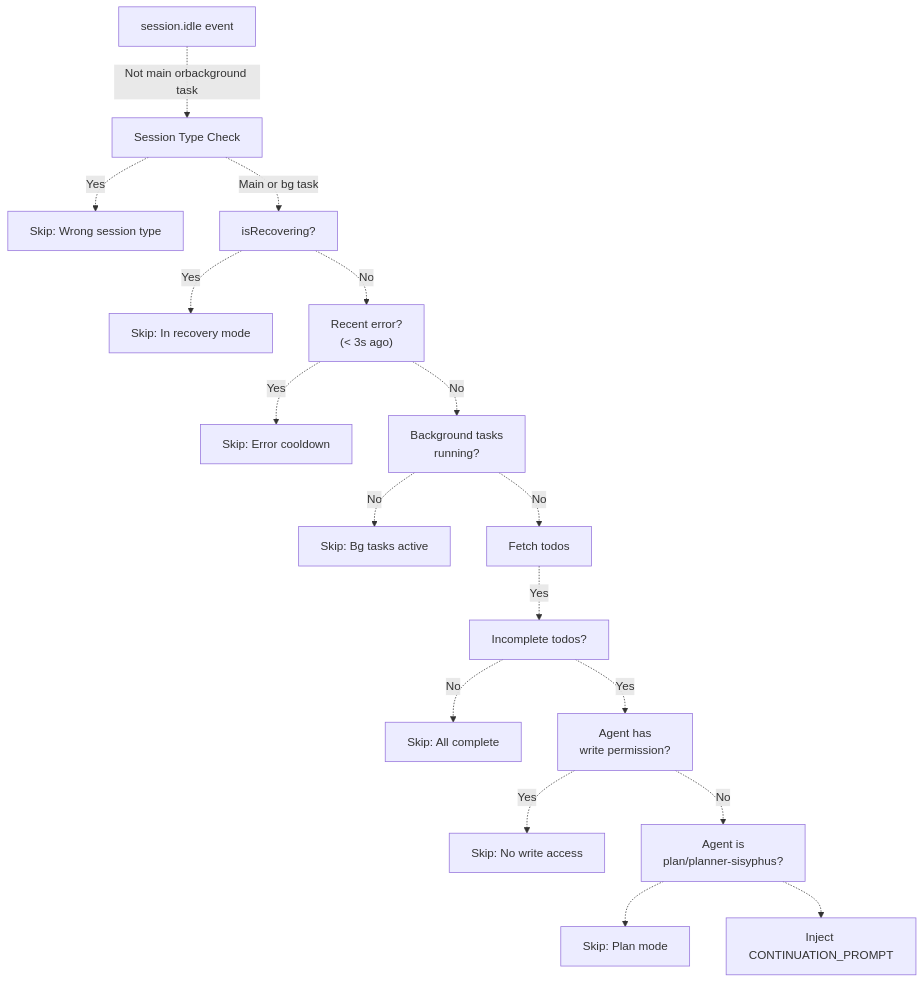
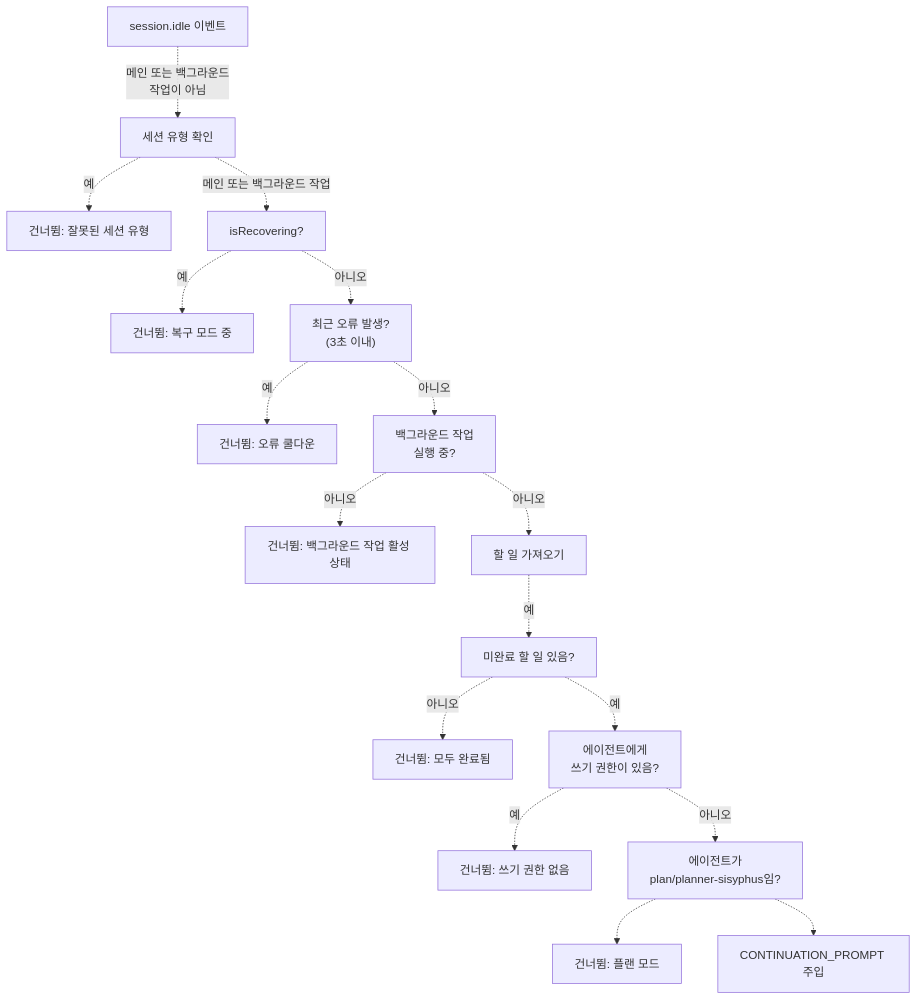
Before and after one commit to felipetruman/oh-my-opencode-docs: the fourth of 7 diagrams in docs/reliability/todo-continuation-enforcer.md, drawn with Mermaid. The commit also changed other lines of this file and 76 other files, not shown here.

````diff
--- a/docs/reliability/todo-continuation-enforcer.md
+++ b/docs/reliability/todo-continuation-enforcer.md
@@ -224,38 +224,38 @@
 ```mermaid
 flowchart TD
 
-Start["session.idle event"]
-CheckSession["Session Type Check"]
-Skip1["Skip: Wrong session type"]
+Start["session.idle 이벤트"]
+CheckSession["세션 유형 확인"]
+Skip1["건너뜀: 잘못된 세션 유형"]
 CheckRecovery["isRecovering?"]
-Skip2["Skip: In recovery mode"]
-CheckError["Recent error?<br>(< 3s ago)"]
-Skip3["Skip: Error cooldown"]
-CheckBgTasks["Background tasks<br>running?"]
-Skip4["Skip: Bg tasks active"]
-FetchTodos["Fetch todos"]
-CheckIncomplete["Incomplete todos?"]
-Skip5["Skip: All complete"]
-CheckPermissions["Agent has<br>write permission?"]
-Skip6["Skip: No write access"]
-CheckPlanMode["Agent is<br>plan/planner-sisyphus?"]
-Skip7["Skip: Plan mode"]
-Inject["Inject CONTINUATION_PROMPT"]
+Skip2["건너뜀: 복구 모드 중"]
+CheckError["최근 오류 발생?<br>(3초 이내)"]
+Skip3["건너뜀: 오류 쿨다운"]
+CheckBgTasks["백그라운드 작업<br>실행 중?"]
+Skip4["건너뜀: 백그라운드 작업 활성 상태"]
+FetchTodos["할 일 가져오기"]
+CheckIncomplete["미완료 할 일 있음?"]
+Skip5["건너뜀: 모두 완료됨"]
+CheckPermissions["에이전트에게<br>쓰기 권한이 있음?"]
+Skip6["건너뜀: 쓰기 권한 없음"]
+CheckPlanMode["에이전트가<br>plan/planner-sisyphus임?"]
+Skip7["건너뜀: 플랜 모드"]
+Inject["CONTINUATION_PROMPT 주입"]
 
-Start -.->|"Not main orbackground task"| CheckSession
-CheckSession -.->|"Yes"| Skip1
-CheckSession -.->|"Main or bg task"| CheckRecovery
-CheckRecovery -.->|"Yes"| Skip2
-CheckRecovery -.->|"No"| CheckError
-CheckError -.->|"Yes"| Skip3
-CheckError -.->|"No"| CheckBgTasks
-CheckBgTasks -.->|"No"| Skip4
-CheckBgTasks -.->|"No"| FetchTodos
-FetchTodos -.->|"Yes"| CheckIncomplete
-CheckIncomplete -.->|"No"| Skip5
-CheckIncomplete -.->|"Yes"| CheckPermissions
-CheckPermissions -.->|"Yes"| Skip6
-CheckPermissions -.->|"No"| CheckPlanMode
+Start -.->|"메인 또는 백그라운드<br>작업이 아님"| CheckSession
+CheckSession -.->|"예"| Skip1
+CheckSession -.->|"메인 또는 백그라운드 작업"| CheckRecovery
+CheckRecovery -.->|"예"| Skip2
+CheckRecovery -.->|"아니오"| CheckError
+CheckError -.->|"예"| Skip3
+CheckError -.->|"아니오"| CheckBgTasks
+CheckBgTasks -.->|"아니오"| Skip4
+CheckBgTasks -.->|"아니오"| FetchTodos
+FetchTodos -.->|"예"| CheckIncomplete
+CheckIncomplete -.->|"아니오"| Skip5
+CheckIncomplete -.->|"예"| CheckPermissions
+CheckPermissions -.->|"예"| Skip6
+CheckPermissions -.->|"아니오"| CheckPlanMode
 CheckPlanMode -.-> Skip7
 CheckPlanMode -.-> Inject
 ```
````
